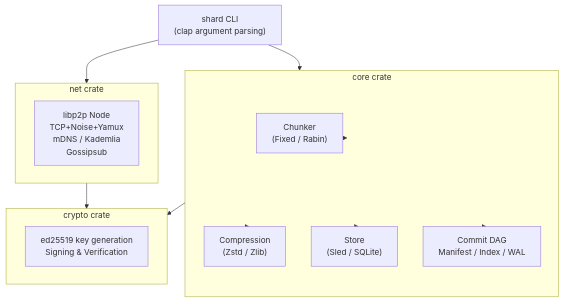
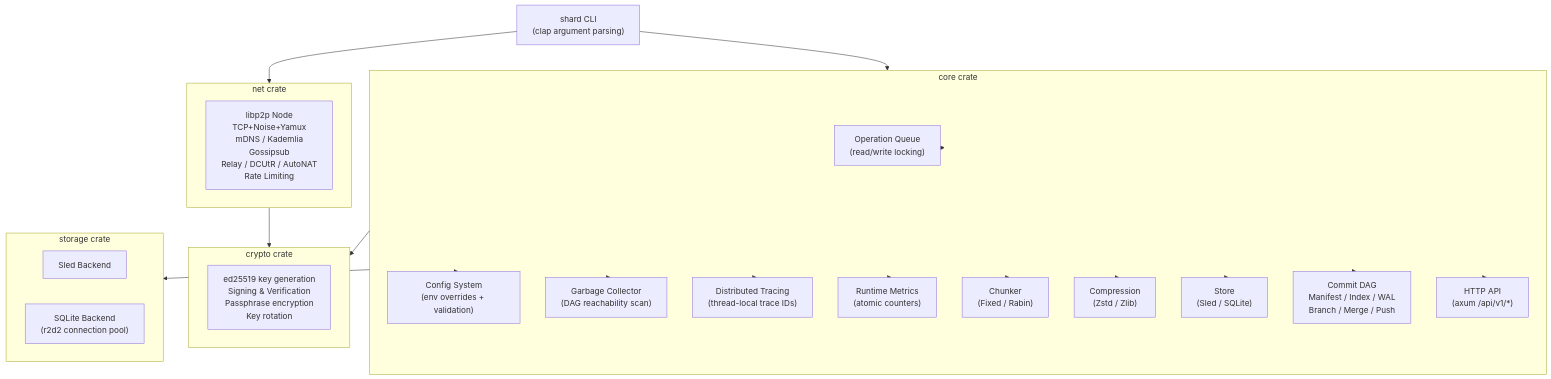
The first of 2 diagrams in docs/src/architecture.md (sandy-sachin7/shard), drawn with Mermaid before and after one commit. The commit also changed other lines of this file and 20 other files, not shown here.

````diff
--- a/docs/src/architecture.md
+++ b/docs/src/architecture.md
@@ -7,28 +7,46 @@
 ```mermaid
 graph TD
     CLI["shard CLI<br/>(clap argument parsing)"]
     
     subgraph Core ["core crate"]
+        OpQueue["Operation Queue<br/>(read/write locking)"]
+        Config["Config System<br/>(env overrides + validation)"]
+        GC["Garbage Collector<br/>(DAG reachability scan)"]
+        Tracing["Distributed Tracing<br/>(thread-local trace IDs)"]
+        Metrics["Runtime Metrics<br/>(atomic counters)"]
         Chunker["Chunker<br/>(Fixed / Rabin)"]
         Compression["Compression<br/>(Zstd / Zlib)"]
         Store["Store<br/>(Sled / SQLite)"]
-        CommitDAG["Commit DAG<br/>Manifest / Index / WAL"]
+        CommitDAG["Commit DAG<br/>Manifest / Index / WAL<br/>Branch / Merge / Push"]
+        API["HTTP API<br/>(axum /api/v1/*)"]
     end
     
     subgraph Net ["net crate"]
-        LibP2P["libp2p Node<br/>TCP+Noise+Yamux<br/>mDNS / Kademlia<br/>Gossipsub"]
+        LibP2P["libp2p Node<br/>TCP+Noise+Yamux<br/>mDNS / Kademlia<br/>Gossipsub<br/>Relay / DCUtR / AutoNAT<br/>Rate Limiting"]
     end
     
     subgraph Crypto ["crypto crate"]
-        KeyGen["ed25519 key generation<br/>Signing & Verification"]
+        KeyGen["ed25519 key generation<br/>Signing & Verification<br/>Passphrase encryption<br/>Key rotation"]
+    end
+    
+    subgraph Storage ["storage crate"]
+        SledBackend["Sled Backend"]
+        SQLiteBackend["SQLite Backend<br/>(r2d2 connection pool)"]
     end
     
     CLI --> Core
     CLI --> Net
     Core --> Crypto
+    Core --> Storage
     Net --> Crypto
+    Core -.-> OpQueue
+    Core -.-> Config
+    Core -.-> GC
+    Core -.-> Tracing
+    Core -.-> Metrics
     Core -.-> Chunker
     Core -.-> Compression
     Core -.-> Store
     Core -.-> CommitDAG
+    Core -.-> API
 ```
````
